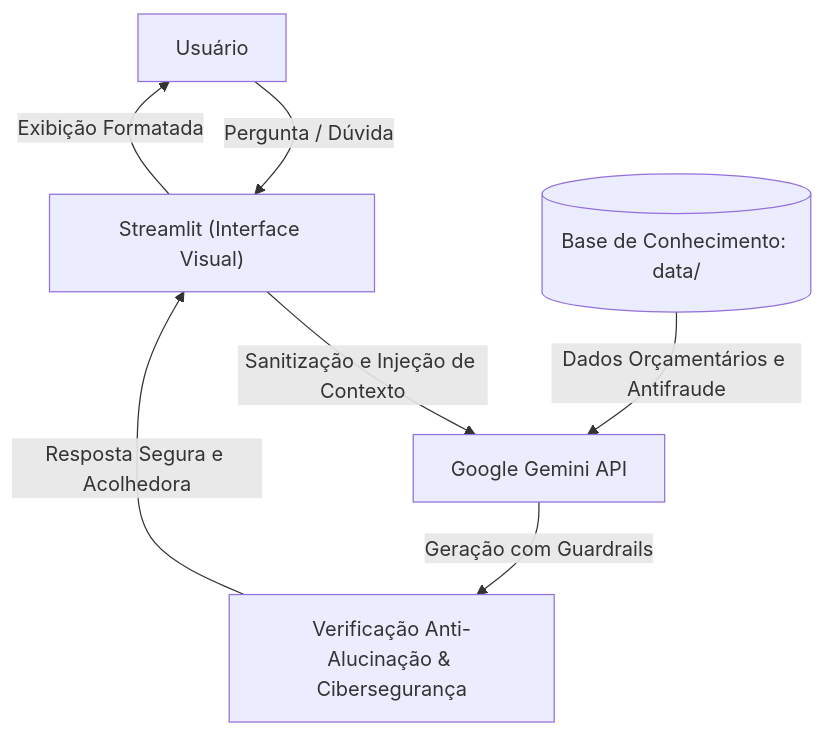
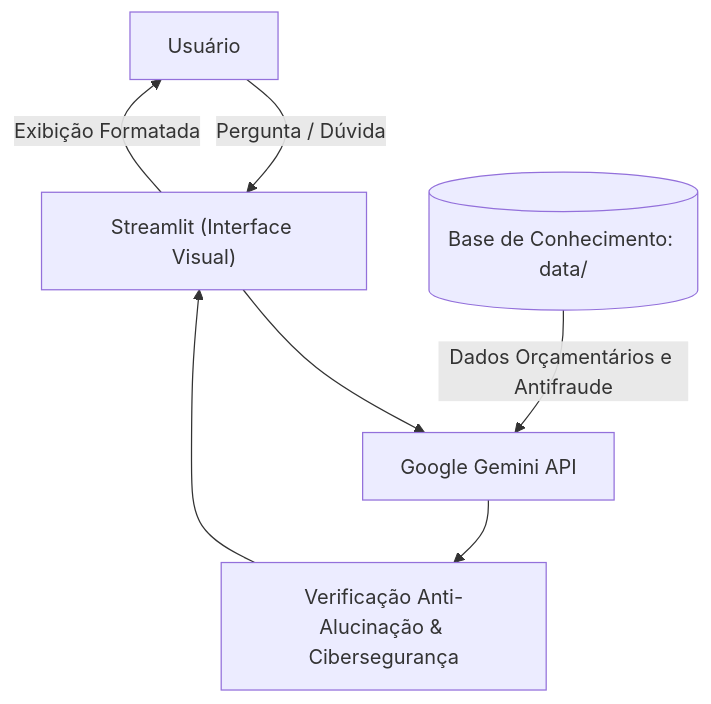
One commit to Vitor-Santos-de-Andrade/dio-lab-bia-do-futuro changed the diagram in docs/01-documentacao-agente.md. Above: the diagram before and after it, drawn with Mermaid.

Commit message:
Fix flowchart connections in documentation

````diff
--- a/docs/01-documentacao-agente.md
+++ b/docs/01-documentacao-agente.md
@@ -52,9 +52,9 @@
 ```mermaid
 flowchart TD
     A[Usuário] -->|Pergunta / Dúvida| B["Streamlit (Interface Visual)"]
-    B -->|Sanitização e Injeção de Contexto| C[Google Gemini API]
+    B --> C[Google Gemini API]
     D[(Base de Conhecimento: data/)] -->|Dados Orçamentários e Antifraude| C
-    C -->|Geração com Guardrails| E[Verificação Anti-Alucinação & Cibersegurança]
-    E -->|Resposta Segura e Acolhedora| B
+    C --> E[Verificação Anti-Alucinação & Cibersegurança]
+    E --> B
     B -->|Exibição Formatada| A
 ```
````
